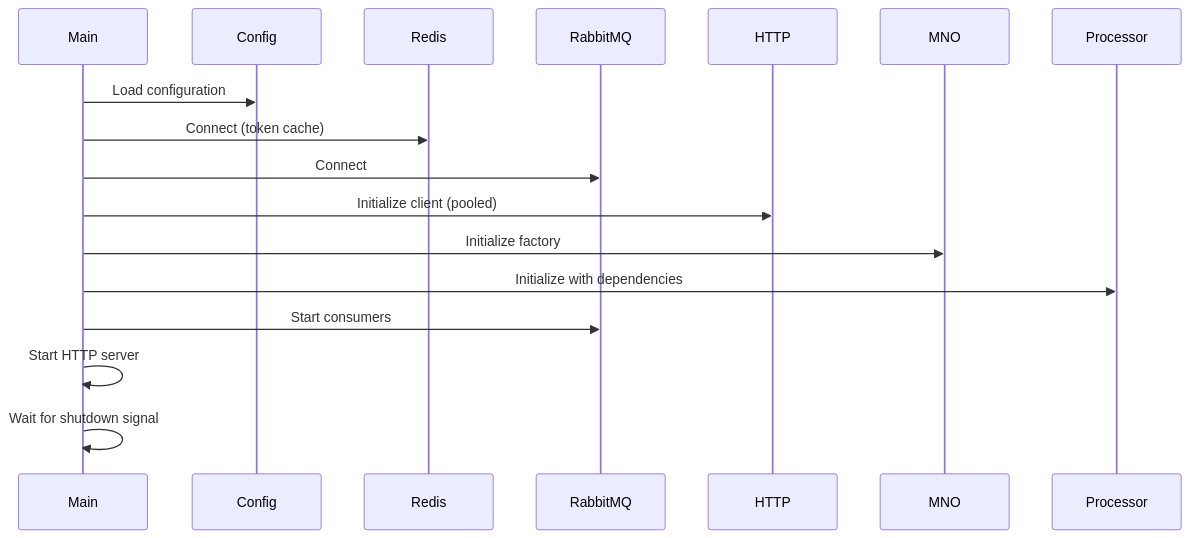
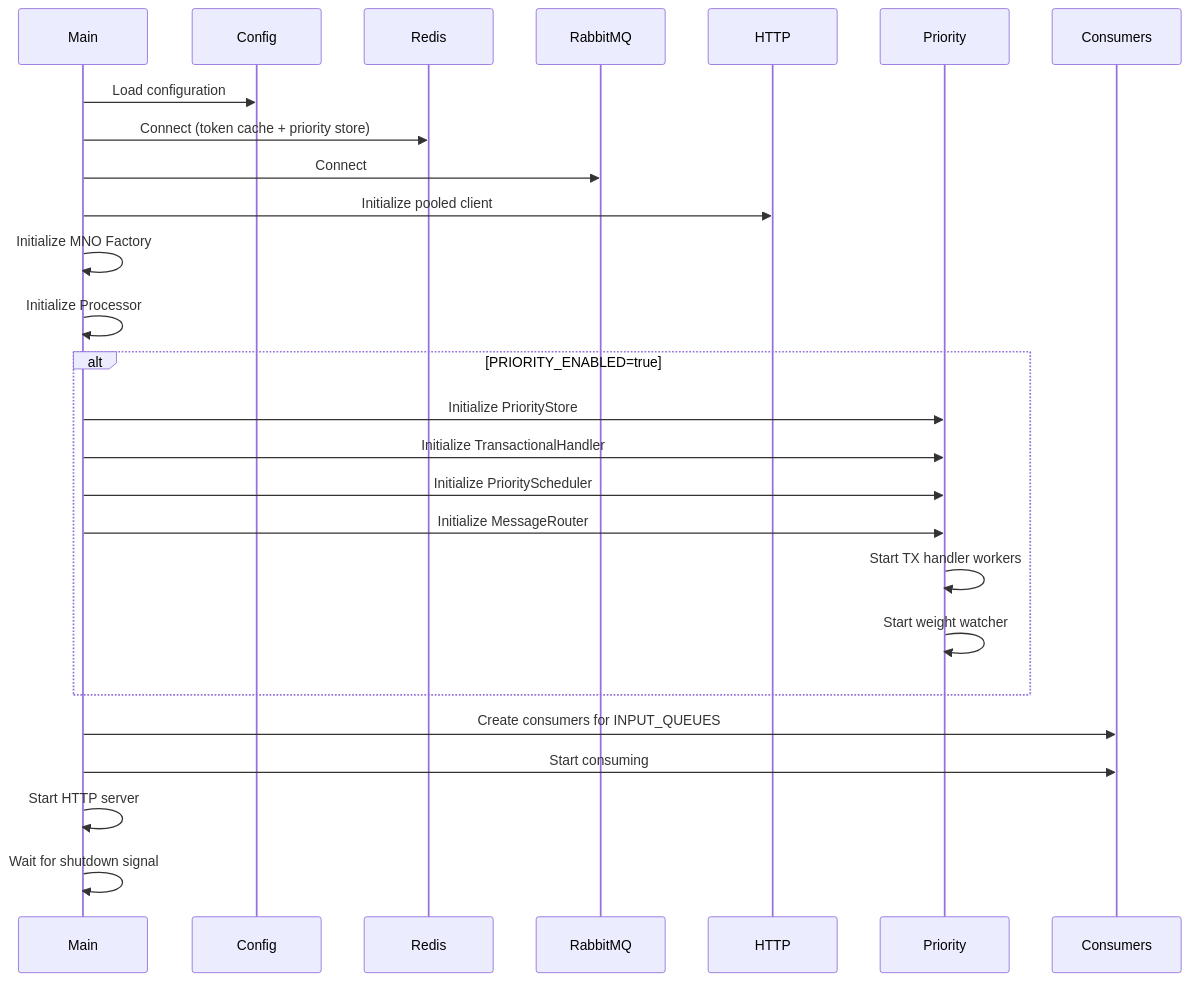
Diagram 17 of 18 in docs/architecture.md (ElMonstro/sms-mno-gateway), drawn with Mermaid before and after one commit. The commit also changed other lines of this file, not shown here.

Commit message:
Added Master Flow Diagram to arch docs

````diff
--- a/docs/architecture.md
+++ b/docs/architecture.md
@@ -538,20 +1045,31 @@
 ```mermaid
 sequenceDiagram
     participant Main
     participant Config
     participant Redis
     participant RabbitMQ
     participant HTTP
-    participant MNO
-    participant Processor
+    participant Priority
+    participant Consumers
 
     Main->>Config: Load configuration
-    Main->>Redis: Connect (token cache)
+    Main->>Redis: Connect (token cache + priority store)
     Main->>RabbitMQ: Connect
-    Main->>HTTP: Initialize client (pooled)
-    Main->>MNO: Initialize factory
-    Main->>Processor: Initialize with dependencies
-    Main->>RabbitMQ: Start consumers
+    Main->>HTTP: Initialize pooled client
+    Main->>Main: Initialize MNO Factory
+    Main->>Main: Initialize Processor
+
+    alt PRIORITY_ENABLED=true
+        Main->>Priority: Initialize PriorityStore
+        Main->>Priority: Initialize TransactionalHandler
+        Main->>Priority: Initialize PriorityScheduler
+        Main->>Priority: Initialize MessageRouter
+        Priority->>Priority: Start TX handler workers
+        Priority->>Priority: Start weight watcher
+    end
+
+    Main->>Consumers: Create consumers for INPUT_QUEUES
+    Main->>Consumers: Start consuming
     Main->>Main: Start HTTP server
     Main->>Main: Wait for shutdown signal
 ```
````
